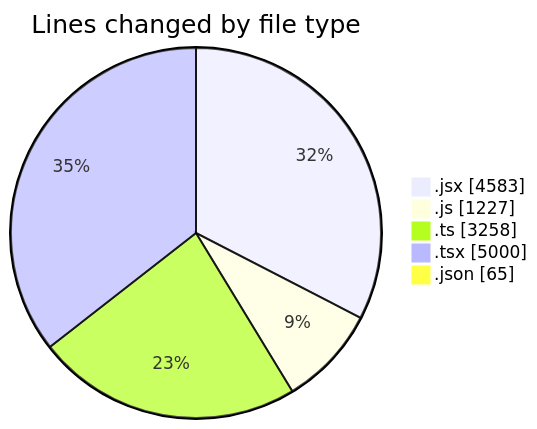
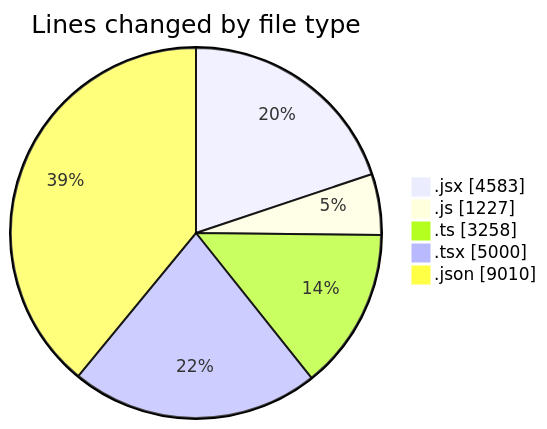
Before and after one commit to nxtqubesakshisongat/code-tracking: the first of 2 diagrams in 2026-01-21/nxtqube_webapp/README.md, drawn with Mermaid. The commit also changed other lines of this file and 1 other file, not shown here.

````diff
--- a/2026-01-21/nxtqube_webapp/README.md
+++ b/2026-01-21/nxtqube_webapp/README.md
@@ -29,9 +31,9 @@
 ```mermaid
 pie showData
 title Lines changed by file type
 ".jsx" : 4583
 ".js" : 1227
 ".ts" : 3258
 ".tsx" : 5000
-".json" : 65
+".json" : 9010
 ```
````
